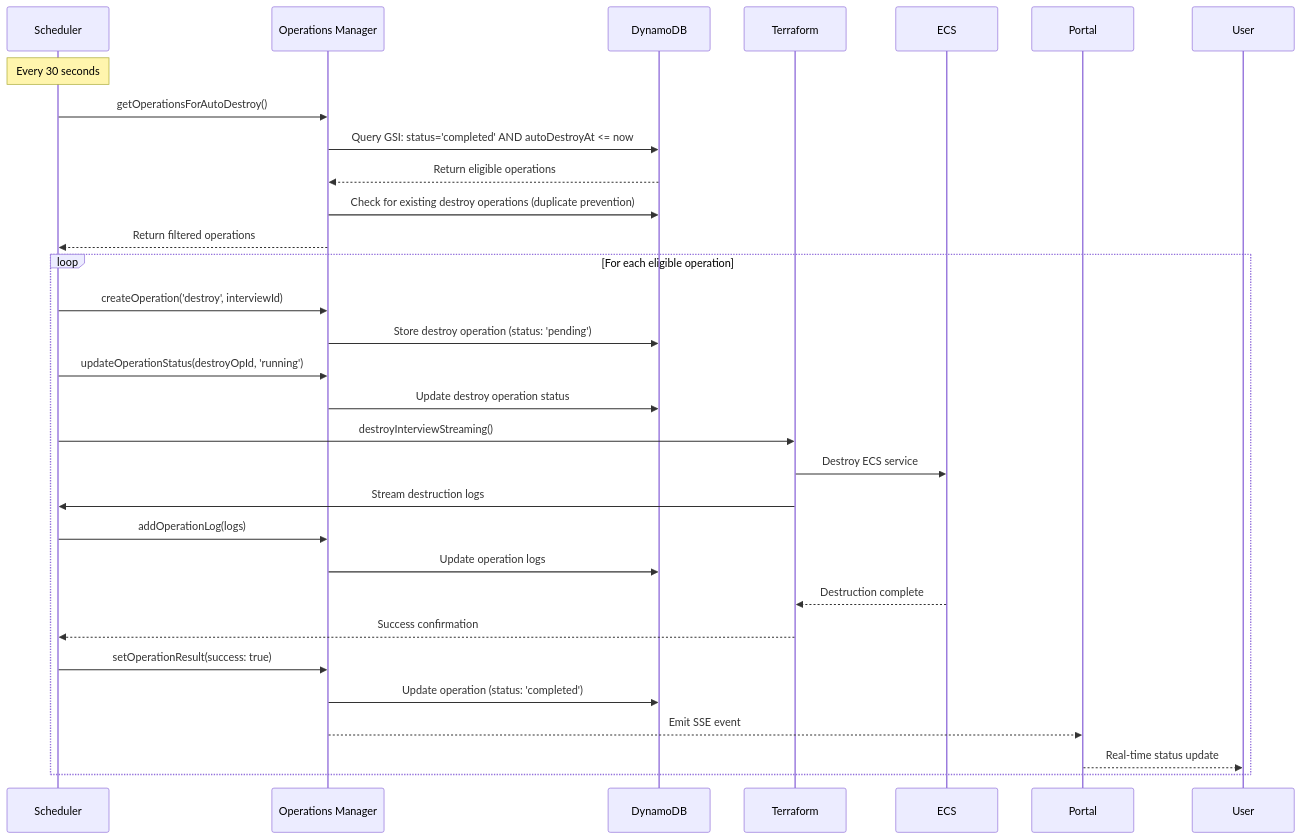
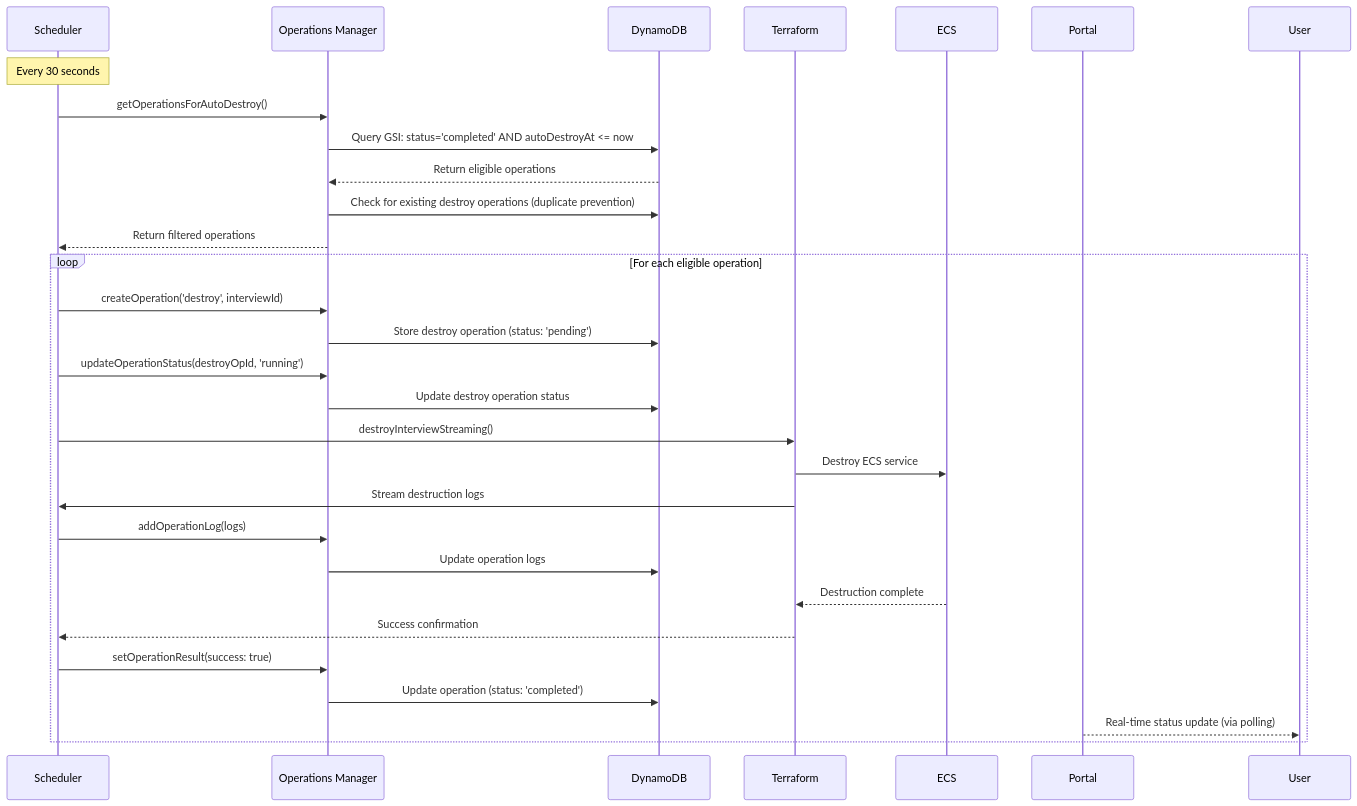
One commit to vinceyyy/prequel changed the fifth of 8 diagrams in ARCHITECTURE.md. Above: the diagram before and after it, drawn with Mermaid. The commit also changed other lines of this file and 8 other files, not shown here.

First line of the commit message:
docs: update documentation to reflect polling architecture

````diff
--- a/ARCHITECTURE.md
+++ b/ARCHITECTURE.md
@@ -368,34 +366,33 @@
 ```mermaid
 sequenceDiagram
     participant S as Scheduler
     participant OM as Operations Manager
     participant DB as DynamoDB
     participant T as Terraform
     participant E as ECS
     participant P as Portal
     participant U as User
     Note over S: Every 30 seconds
     S ->> OM: getOperationsForAutoDestroy()
     OM ->> DB: Query GSI: status='completed' AND autoDestroyAt <= now
     DB -->> OM: Return eligible operations
     OM ->> DB: Check for existing destroy operations (duplicate prevention)
     OM -->> S: Return filtered operations
 
     loop For each eligible operation
         S ->> OM: createOperation('destroy', interviewId)
         OM ->> DB: Store destroy operation (status: 'pending')
         S ->> OM: updateOperationStatus(destroyOpId, 'running')
         OM ->> DB: Update destroy operation status
         S ->> T: destroyInterviewStreaming()
         T ->> E: Destroy ECS service
         T ->> S: Stream destruction logs
         S ->> OM: addOperationLog(logs)
         OM ->> DB: Update operation logs
         E -->> T: Destruction complete
         T -->> S: Success confirmation
         S ->> OM: setOperationResult(success: true)
         OM ->> DB: Update operation (status: 'completed')
-        OM -->> P: Emit SSE event
-        P -->> U: Real-time status update
+        P -->> U: Real-time status update (via polling)
     end
 ```
````
